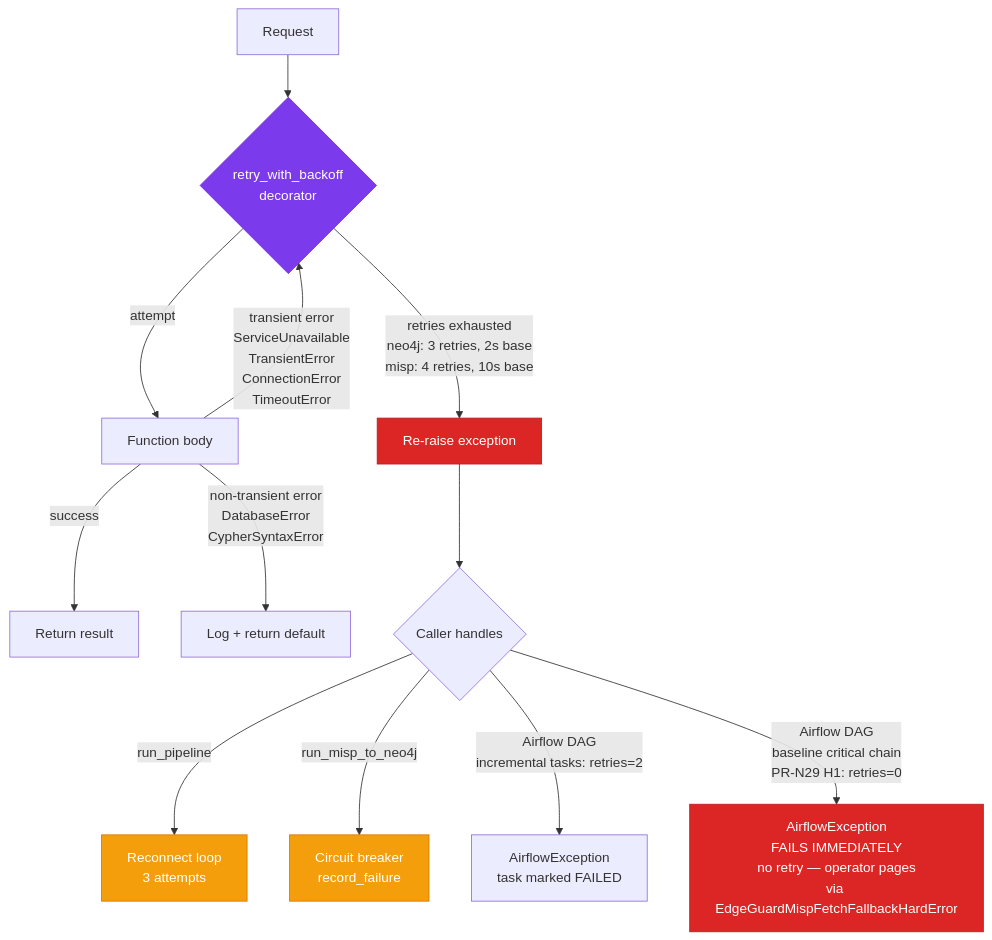
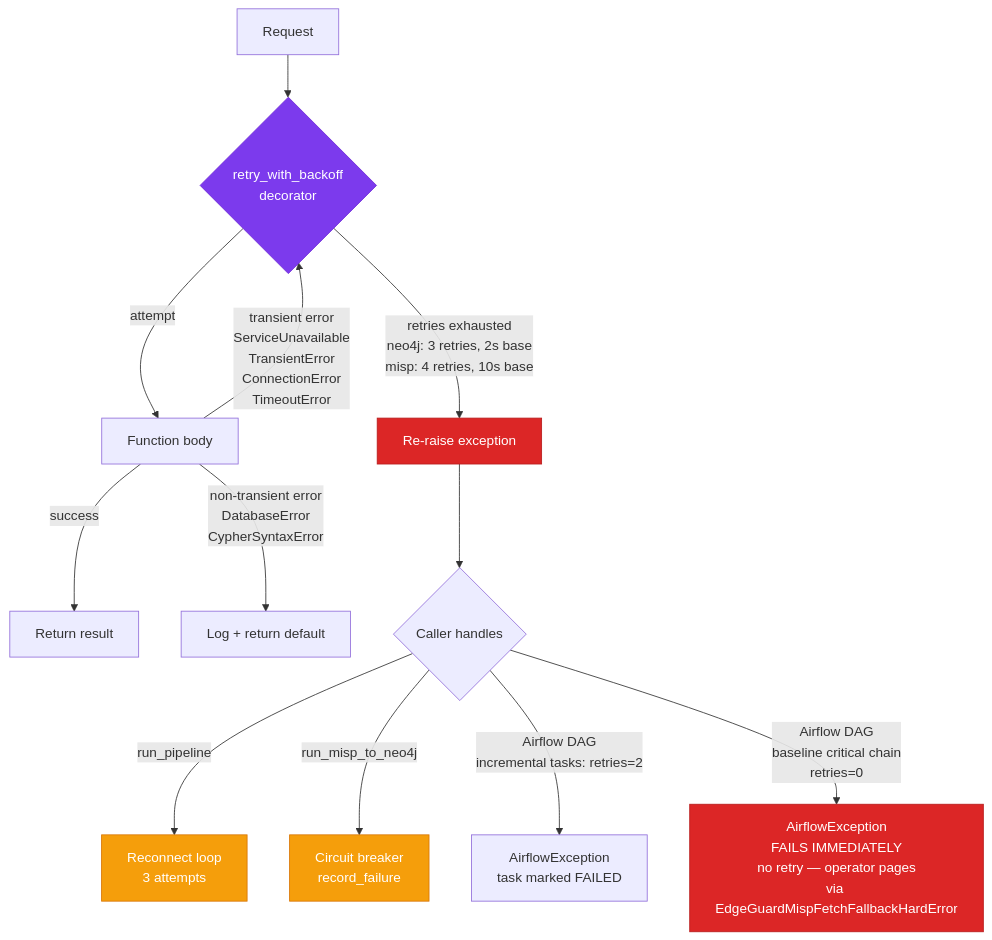
The sixth of 8 diagrams in docs/ARCHITECTURE_DIAGRAMS.md (Kopanov/EdgeGuard-Knowledge-Graph), drawn with Mermaid before and after one commit. The commit also changed other lines of this file and 3 other files, not shown here.

First line of the commit message:
docs(architecture): describe the architecture documents as current behaviour; history at the end

````diff
--- a/docs/ARCHITECTURE_DIAGRAMS.md
+++ b/docs/ARCHITECTURE_DIAGRAMS.md
@@ -240,21 +236,21 @@
 ```mermaid
 flowchart TD
     REQ[Request] --> DEC{retry_with_backoff<br/>decorator}
     DEC -->|attempt| FN[Function body]
     FN -->|success| RET[Return result]
     FN -->|transient error<br/>ServiceUnavailable<br/>TransientError<br/>ConnectionError<br/>TimeoutError| DEC
     FN -->|non-transient error<br/>DatabaseError<br/>CypherSyntaxError| ERR[Log + return default]
 
     DEC -->|retries exhausted<br/>neo4j: 3 retries, 2s base<br/>misp: 4 retries, 10s base| RAISE[Re-raise exception]
     RAISE --> CALLER{Caller handles}
     CALLER -->|run_pipeline| RECONNECT[Reconnect loop<br/>3 attempts]
     CALLER -->|run_misp_to_neo4j| CIRCUIT[Circuit breaker<br/>record_failure]
     CALLER -->|Airflow DAG<br/>incremental tasks: retries=2| AIRFLOW[AirflowException<br/>task marked FAILED]
-    CALLER -->|Airflow DAG<br/>baseline critical chain<br/>PR-N29 H1: retries=0| BASELINE_FAIL[AirflowException<br/>FAILS IMMEDIATELY<br/>no retry — operator pages<br/>via EdgeGuardMispFetchFallbackHardError]
+    CALLER -->|Airflow DAG<br/>baseline critical chain<br/>retries=0| BASELINE_FAIL[AirflowException<br/>FAILS IMMEDIATELY<br/>no retry — operator pages<br/>via EdgeGuardMispFetchFallbackHardError]
 
     style DEC fill:#7c3aed,stroke:#6d28d9,color:#fff
     style RAISE fill:#dc2626,stroke:#b91c1c,color:#fff
     style RECONNECT fill:#f59e0b,stroke:#d97706,color:#fff
     style CIRCUIT fill:#f59e0b,stroke:#d97706,color:#fff
     style BASELINE_FAIL fill:#dc2626,stroke:#b91c1c,color:#fff
 ```
````
